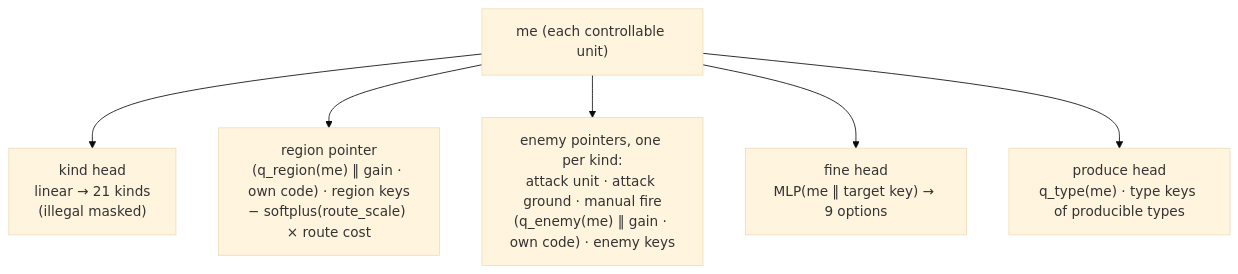
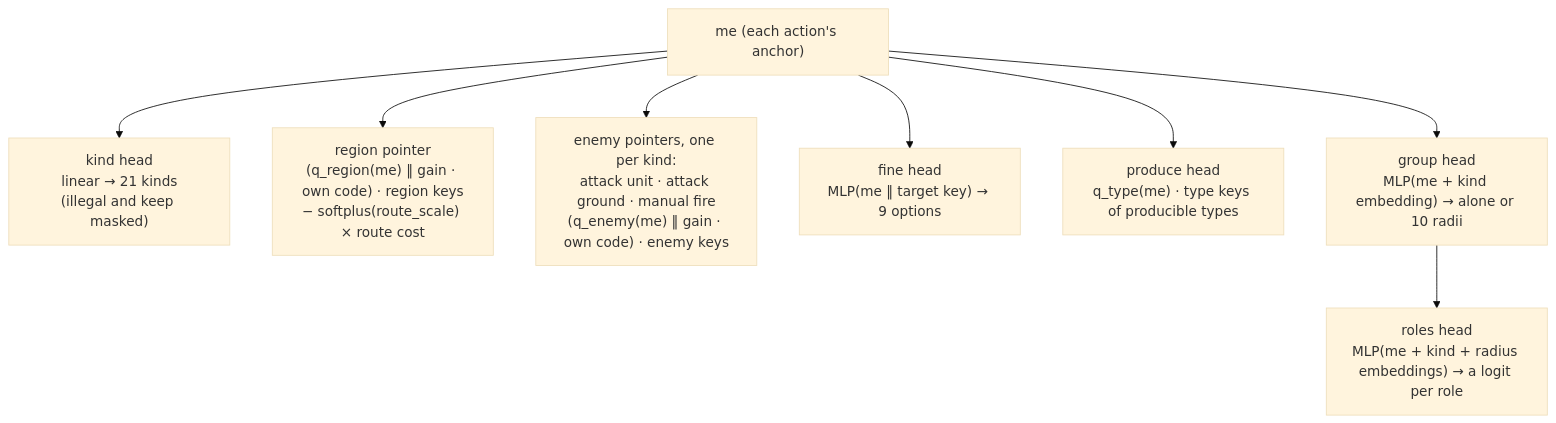
One commit to pts1667/zk-ArenaAI changed the seventh of 11 diagrams in docs/model.md. Above: the diagram before and after it, drawn with Mermaid (base theme). The commit also changed other lines of this file and 47 other files, not shown here.

````diff
--- a/docs/model.md
+++ b/docs/model.md
@@ -192,15 +226,19 @@
 ```mermaid
 flowchart TB
-    ME["me (each controllable unit)"]
-    K["kind head<br/>linear → 21 kinds<br/>(illegal masked)"]
+    ME["me (each action's anchor)"]
+    K["kind head<br/>linear → 21 kinds<br/>(illegal and keep masked)"]
     RG["region pointer<br/>(q_region(me) ‖ gain · own code) · region keys<br/>− softplus(route_scale) × route cost"]
     EN["enemy pointers, one per kind:<br/>attack unit · attack ground · manual fire<br/>(q_enemy(me) ‖ gain · own code) · enemy keys"]
     FI["fine head<br/>MLP(me ‖ target key) → 9 options"]
     PR["produce head<br/>q_type(me) · type keys of producible types"]
+    GR["group head<br/>MLP(me + kind embedding) → alone or 10 radii"]
+    RO["roles head<br/>MLP(me + kind + radius embeddings) → a logit per role"]
 
     ME --> K
     ME --> RG
     ME --> EN
     ME --> FI
     ME --> PR
+    ME --> GR
+    GR --> RO
 ```
````
